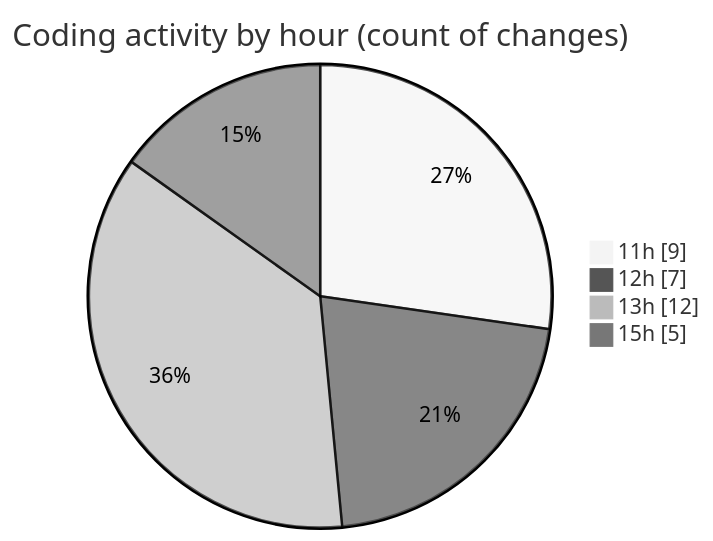
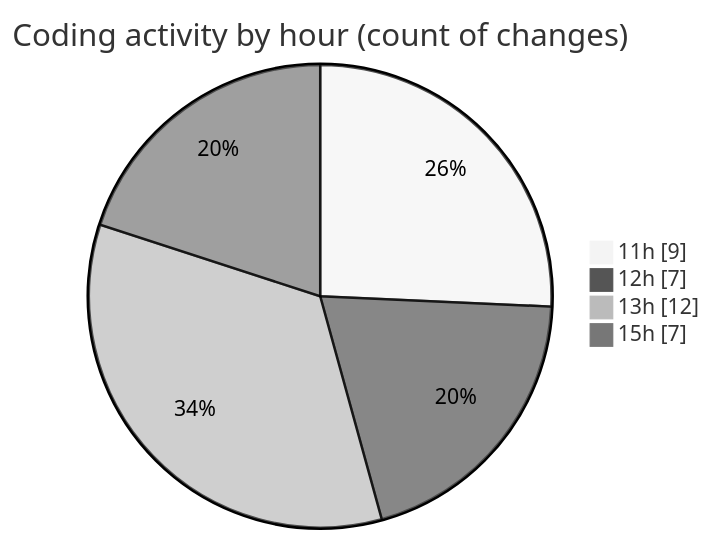
One commit to EIIisD/code-tracking changed the second of 2 diagrams in 2025-08-07/ribbon/README.md. Above: the diagram before and after it, drawn with Mermaid (neutral theme). The commit also changed other lines of this file and 1 other file, not shown here.

````diff
--- a/2025-08-07/ribbon/README.md
+++ b/2025-08-07/ribbon/README.md
@@ -43,8 +43,8 @@
 ```mermaid
 pie showData
 title Coding activity by hour (count of changes)
 "11h" : 9
 "12h" : 7
 "13h" : 12
-"15h" : 5
+"15h" : 7
 ```
````
